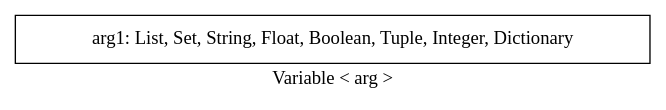
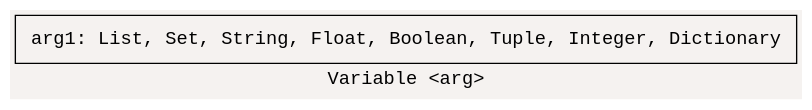
Before and after one commit to ZJxyo/PythonVarTypeAnalysisTool: the diagram in output/flowchart/flowchart_foo(arg0,arg1,arg2)_arg.gv, drawn with Graphviz. The commit also changed 95 other files, not shown here.

```diff
--- a/output/flowchart/flowchart_foo(arg0,arg1,arg2)_arg.gv
+++ b/output/flowchart/flowchart_foo(arg0,arg1,arg2)_arg.gv
@@ -1,5 +1,8 @@
 digraph {
-	label="Variable < arg >"
+	label="Variable <arg>"
+	bgcolor="#f5f2f0"
 	node [shape=box]
-	-2 [label="arg1: List, Set, String, Float, Boolean, Tuple, Integer, Dictionary"]
+	node [fontname="Consolas,Monaco,'Andale Mono','Ubuntu Mono',monospace"]
+	fontname="Consolas,Monaco,'Andale Mono','Ubuntu Mono',monospace"
+	-2 [label=" arg1: List, Set, String, Float, Boolean, Tuple, Integer, Dictionary "]
 }
```
